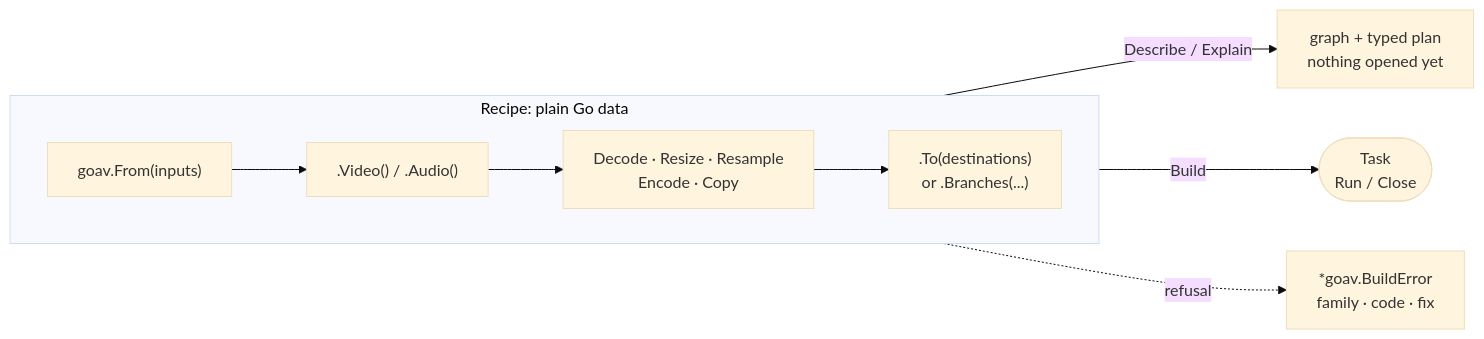
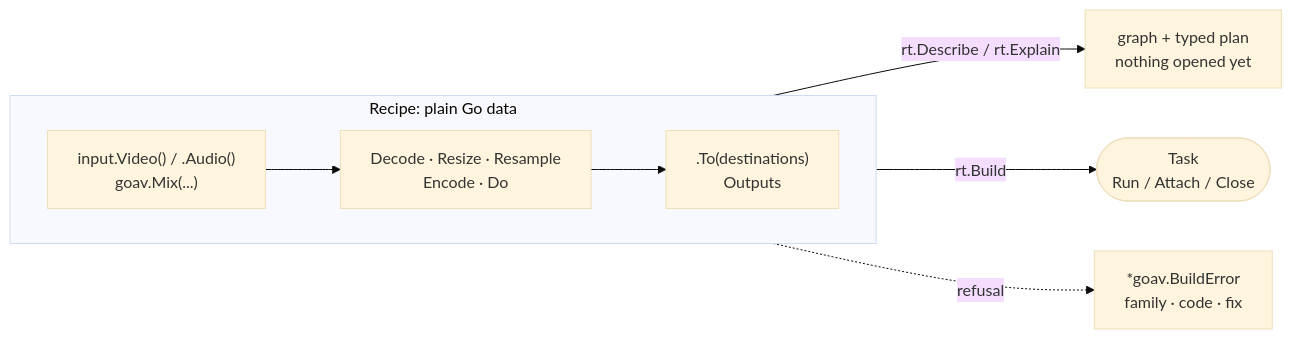
One commit to thesyncim/goav changed the diagram in README.md. Above: the diagram before and after it, drawn with Mermaid (base theme). The commit also changed other lines of this file and 11 other files, not shown here.

First line of the commit message:
Run bundled recipes from Outputs; README in values

````diff
--- a/README.md
+++ b/README.md
@@ -42,10 +58,10 @@
 ```mermaid
 flowchart LR
   subgraph recipe["Recipe: plain Go data"]
     direction LR
-    I["goav.From(inputs)"] --> S[".Video() / .Audio()"] --> O["Decode · Resize · Resample<br>Encode · Copy"] --> D[".To(destinations)<br>or .Branches(...)"]
+    S["input.Video() / .Audio()<br>goav.Mix(...)"] --> O["Decode · Resize · Resample<br>Encode · Do"] --> D[".To(destinations)<br>Outputs"]
   end
-  recipe -->|Describe / Explain| P["graph + typed plan<br>nothing opened yet"]
-  recipe -->|Build| T(["Task<br>Run / Close"])
+  recipe -->|rt.Describe / rt.Explain| P["graph + typed plan<br>nothing opened yet"]
+  recipe -->|rt.Build| T(["Task<br>Run / Attach / Close"])
   recipe -.->|refusal| E["*goav.BuildError<br>family · code · fix"]
 ```
````
